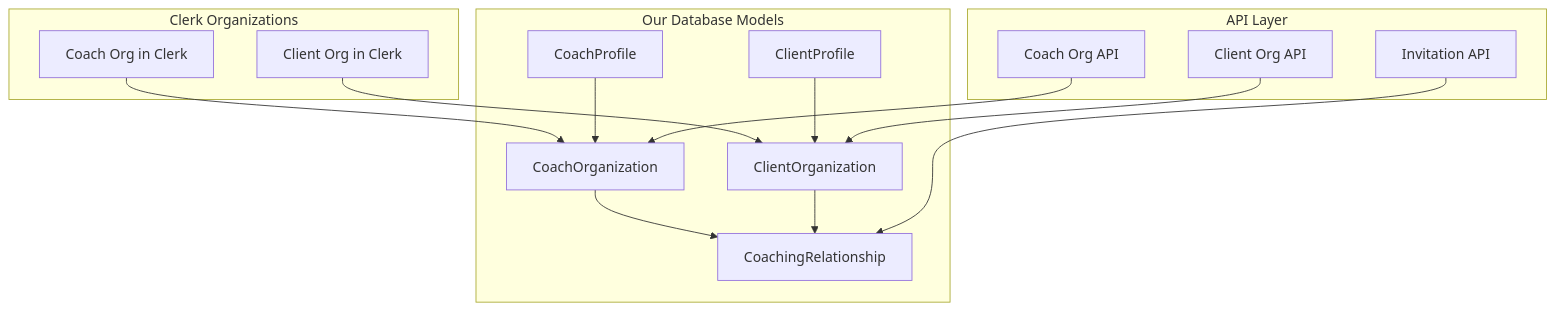
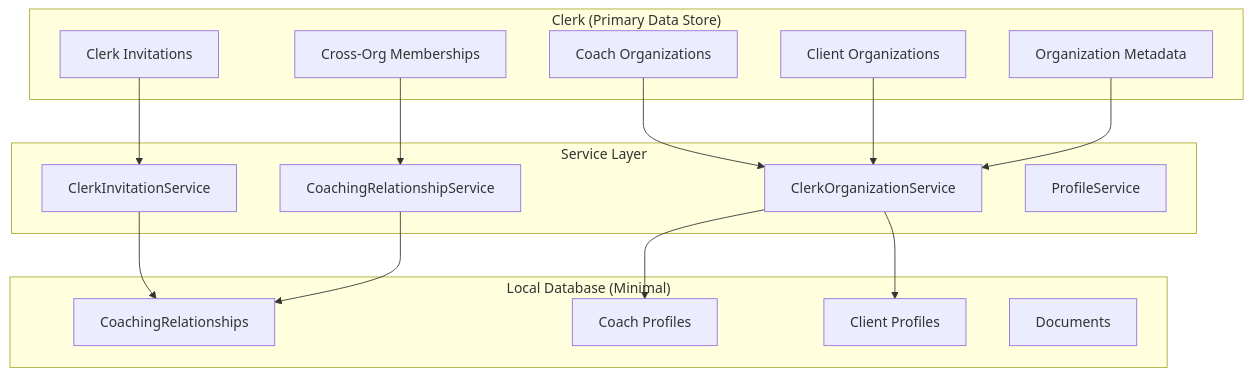
Before and after one commit to CassieCamp/arete3: the diagram in sprint_s3_plan.md, drawn with Mermaid. The commit also changed other lines of this file and 29 other files, not shown here.

````diff
--- a/sprint_s3_plan.md
+++ b/sprint_s3_plan.md
@@ -11,32 +16,35 @@
 ```mermaid
 graph TB
-    subgraph "Clerk Organizations"
-        CO[Coach Org in Clerk]
-        CL[Client Org in Clerk]
+    subgraph "Clerk (Primary Data Store)"
+        CO[Coach Organizations]
+        CL[Client Organizations] 
+        CM[Cross-Org Memberships]
+        CI[Clerk Invitations]
+        META[Organization Metadata]
     end
     
-    subgraph "Our Database Models"
-        COP[CoachOrganization]
-        CLO[ClientOrganization]
-        CR[CoachingRelationship]
-        CP[CoachProfile]
-        CLP[ClientProfile]
+    subgraph "Local Database (Minimal)"
+        CR[CoachingRelationships]
+        CP[Coach Profiles]
+        CLP[Client Profiles]
+        DOC[Documents]
     end
     
-    subgraph "API Layer"
-        CAPI[Coach Org API]
-        CLAPI[Client Org API]
-        IAPI[Invitation API]
+    subgraph "Service Layer"
+        COS[ClerkOrganizationService]
+        CIS[ClerkInvitationService]
+        CRS[CoachingRelationshipService]
+        PS[ProfileService]
     end
     
-    CO --> COP
-    CL --> CLO
-    COP --> CR
-    CLO --> CR
-    CP --> COP
-    CLP --> CLO
+    CO --> COS
+    CL --> COS
+    CI --> CIS
+    CM --> CRS
+    META --> COS
     
-    CAPI --> COP
-    CLAPI --> CLO
-    IAPI --> CR
+    COS --> CP
+    COS --> CLP
+    CIS --> CR
+    CRS --> CR
 ```
````
